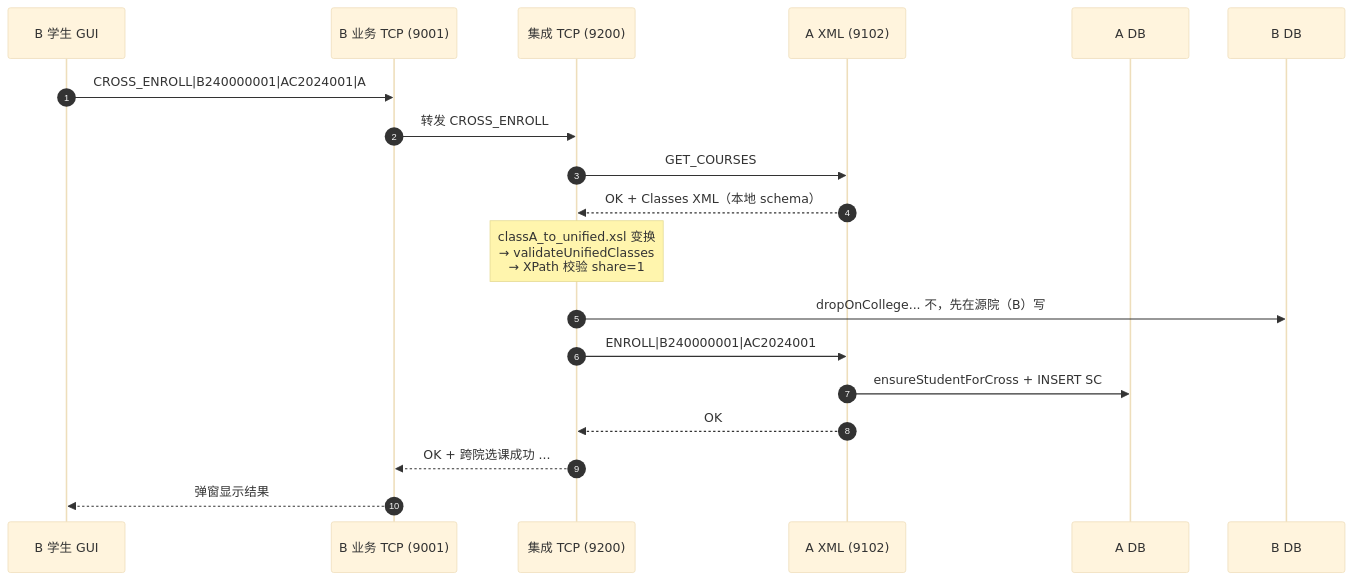
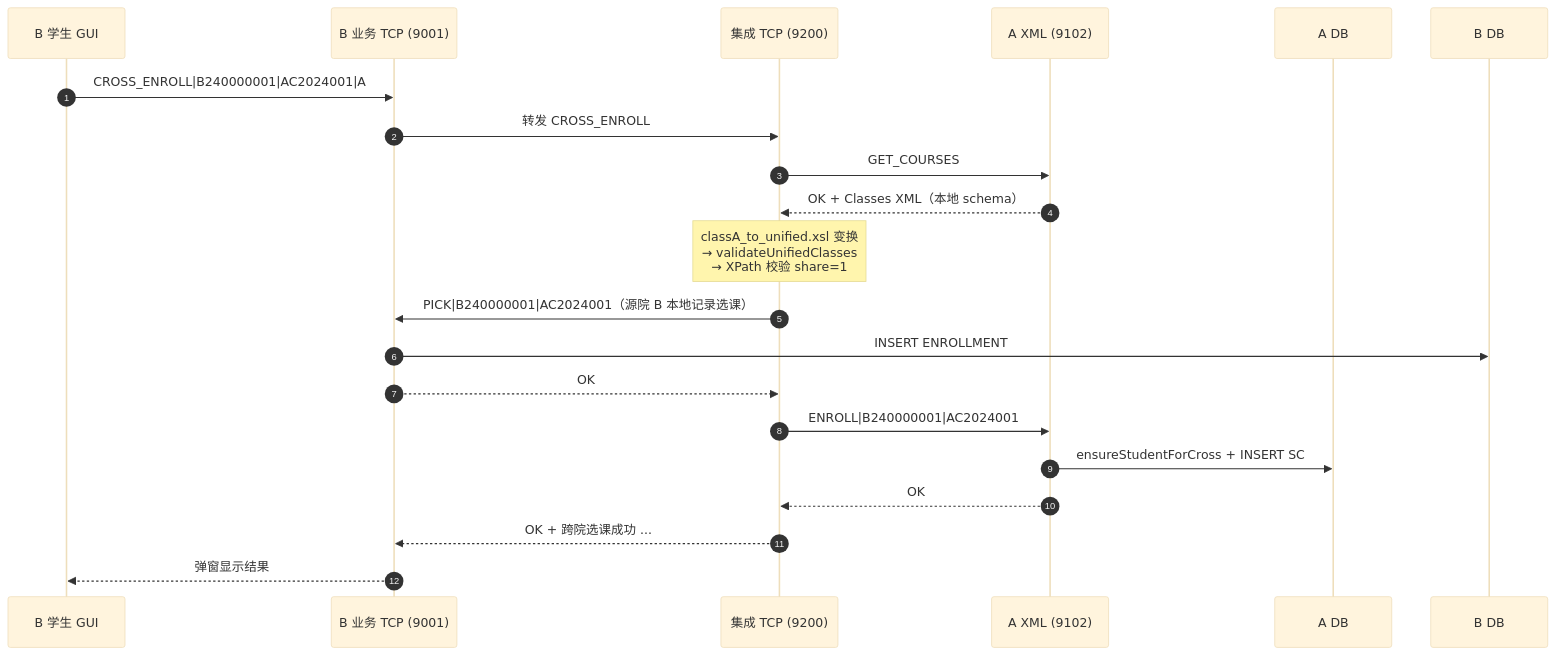
One commit to Yaelnju/integrated-edu changed the sixth of 9 diagrams in docs/报告.md. Above: the diagram before and after it, drawn with Mermaid (base theme). The commit also changed other lines of this file and 2 other files, not shown here.

First line of the commit message:
docs: 完善报告 + College C GUI 对齐 A/B 风格

````diff
--- a/docs/报告.md
+++ b/docs/报告.md
@@ -377,22 +380,24 @@
 ```mermaid
 sequenceDiagram
     autonumber
     participant U as B 学生 GUI
     participant Bts as B 业务 TCP (9001)
     participant IS as 集成 TCP (9200)
     participant Axml as A XML (9102)
     participant Adb as A DB
     participant Bdb as B DB
 
     U->>Bts: CROSS_ENROLL|B240000001|AC2024001|A
     Bts->>IS: 转发 CROSS_ENROLL
     IS->>Axml: GET_COURSES
     Axml-->>IS: OK + Classes XML（本地 schema）
     Note over IS: classA_to_unified.xsl 变换<br/>→ validateUnifiedClasses<br/>→ XPath 校验 share=1
-    IS->>Bdb: dropOnCollege... 不，先在源院（B）写
+    IS->>Bts: PICK|B240000001|AC2024001（源院 B 本地记录选课）
+    Bts->>Bdb: INSERT ENROLLMENT
+    Bts-->>IS: OK
     IS->>Axml: ENROLL|B240000001|AC2024001
     Axml->>Adb: ensureStudentForCross + INSERT SC
     Axml-->>IS: OK
     IS-->>Bts: OK + 跨院选课成功 ...
     Bts-->>U: 弹窗显示结果
 ```
````
